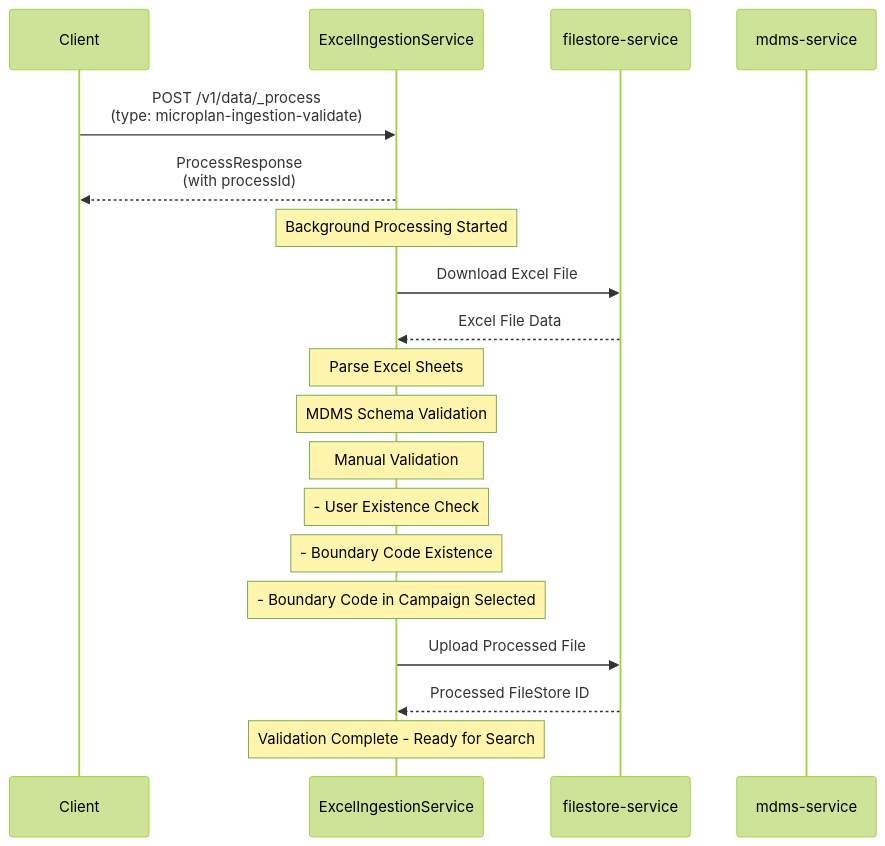
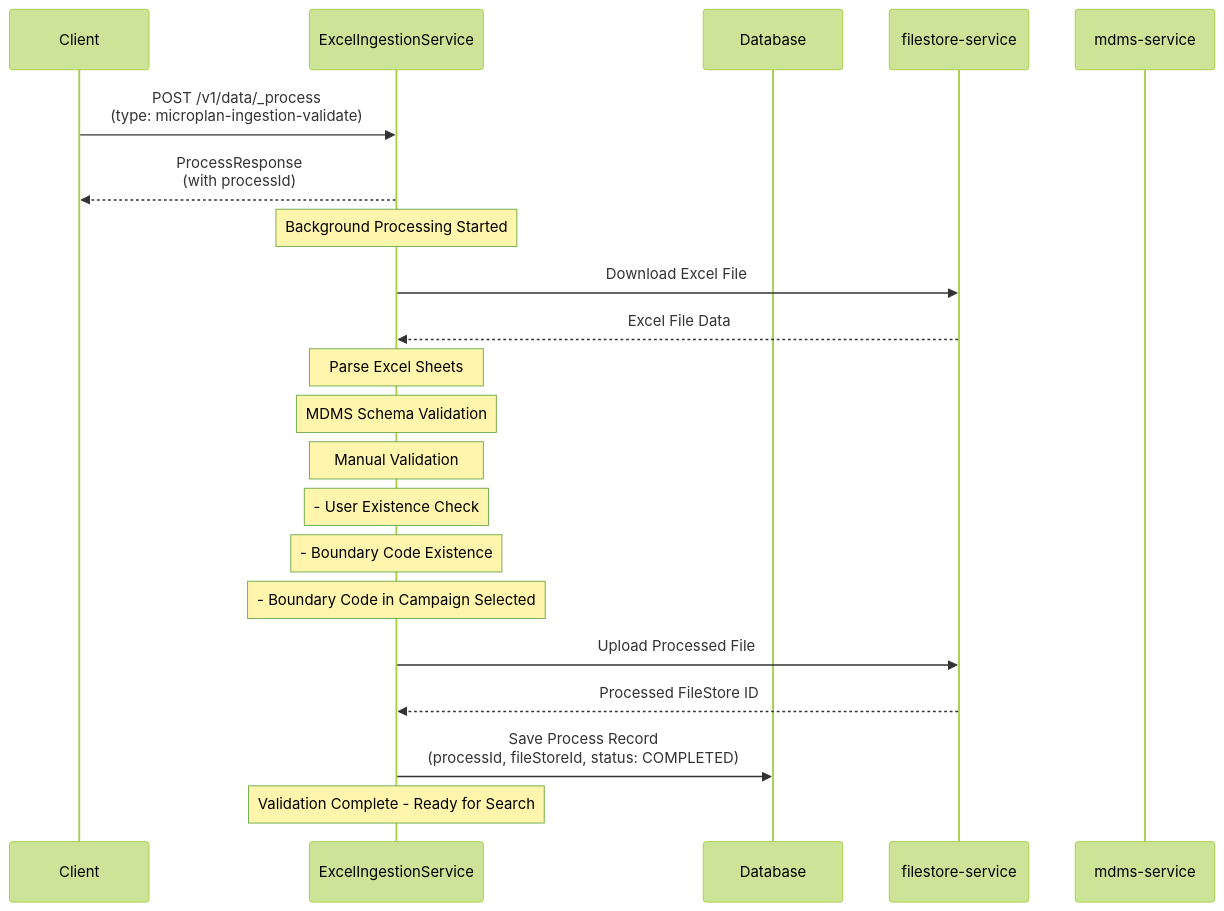
The second of 3 diagrams in tempDesign.md (ashish-egov/campaign-whole-sheet-ingestion), drawn with Mermaid (forest theme) before and after one commit. The commit also changed other lines of this file, not shown here.

````diff
--- a/tempDesign.md
+++ b/tempDesign.md
@@ -49,28 +52,31 @@
 ```mermaid
 sequenceDiagram
     participant Client
     participant ExcelIngestionService
+    participant Database
     participant filestore-service
     participant mdms-service
     
     Client->>ExcelIngestionService: POST /v1/data/_process<br/>(type: microplan-ingestion-validate)
     
     ExcelIngestionService-->>Client: ProcessResponse<br/>(with processId)
     
     Note over ExcelIngestionService: Background Processing Started
     
     ExcelIngestionService->>filestore-service: Download Excel File
     filestore-service-->>ExcelIngestionService: Excel File Data
     
     Note over ExcelIngestionService: Parse Excel Sheets
     Note over ExcelIngestionService: MDMS Schema Validation
     Note over ExcelIngestionService: Manual Validation
     Note over ExcelIngestionService: - User Existence Check
     Note over ExcelIngestionService: - Boundary Code Existence
     Note over ExcelIngestionService: - Boundary Code in Campaign Selected
     
     ExcelIngestionService->>filestore-service: Upload Processed File
     filestore-service-->>ExcelIngestionService: Processed FileStore ID
     
+    ExcelIngestionService->>Database: Save Process Record<br/>(processId, fileStoreId, status: COMPLETED)
+    
     Note over ExcelIngestionService: Validation Complete - Ready for Search
 ```
````
